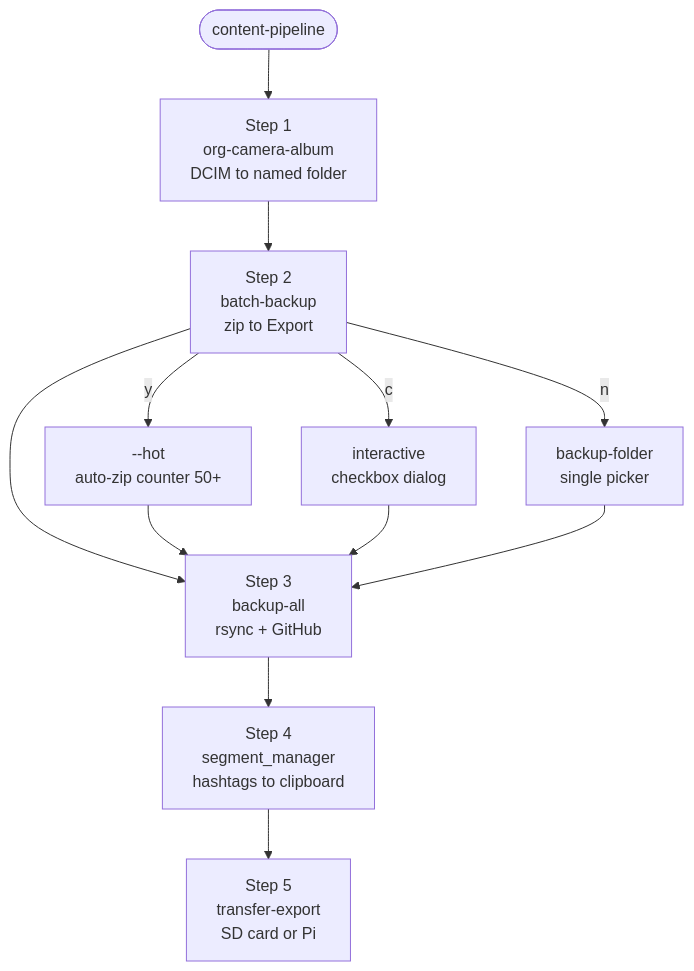
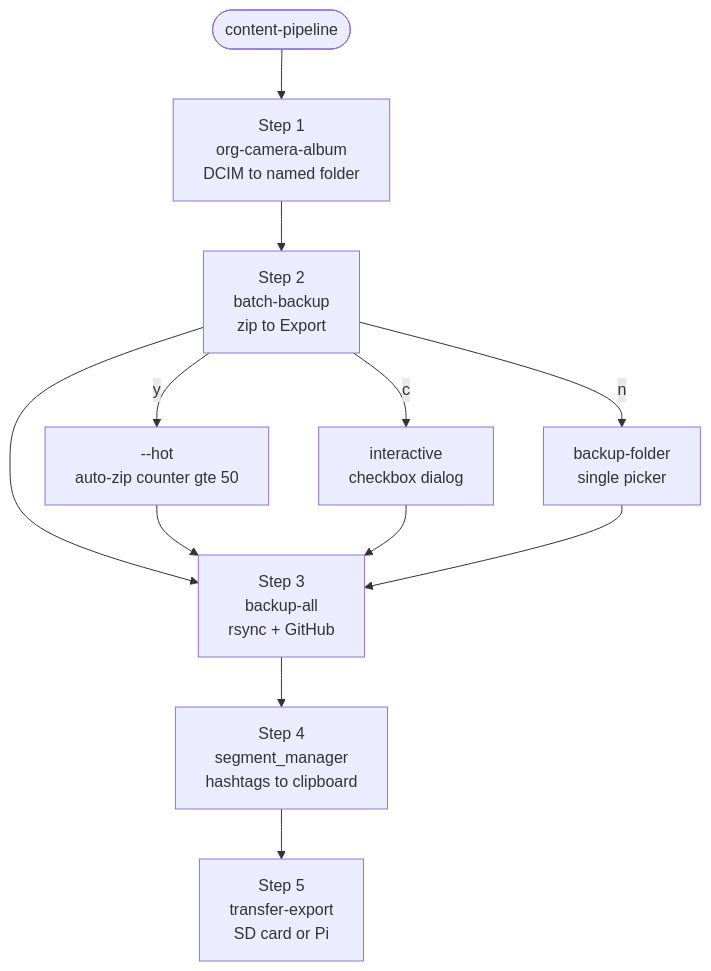
The second of 8 diagrams in README.md (SamuelDixxon/termux-backup), drawn with Mermaid before and after one commit. The commit also changed other lines of this file, not shown here.

````diff
--- a/README.md
+++ b/README.md
@@ -83,36 +83,36 @@
 ```mermaid
 flowchart TD
     START([content-pipeline]) --> S1
 
     S1[Step 1
 org-camera-album
 DCIM to named folder]
     S2[Step 2
 batch-backup
 zip to Export]
     S3[Step 3
 backup-all
 rsync + GitHub]
     S4[Step 4
 segment_manager
 hashtags to clipboard]
     S5[Step 5
 transfer-export
 SD card or Pi]
 
     S1 --> S2
     S2 --> S3
     S3 --> S4
     S4 --> S5
 
     S2 -->|y| HOT[--hot
-auto-zip counter 50+]
+auto-zip counter gte 50]
     S2 -->|c| CUSTOM[interactive
 checkbox dialog]
     S2 -->|n| SINGLE[backup-folder
 single picker]
 
     HOT --> S3
     CUSTOM --> S3
     SINGLE --> S3
 ```
````
